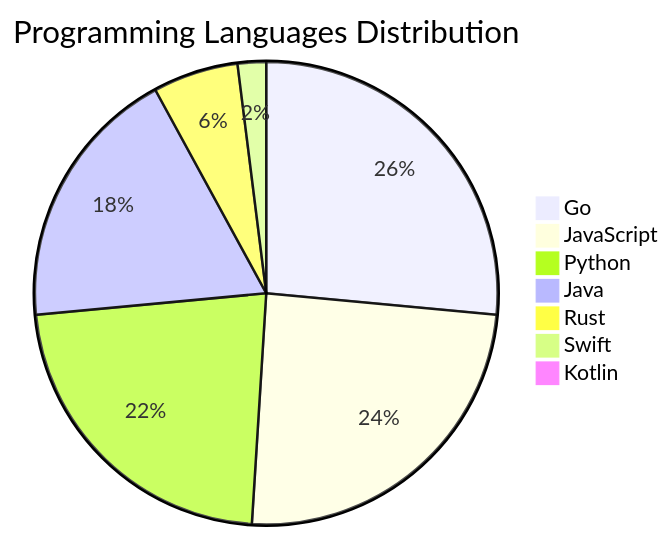
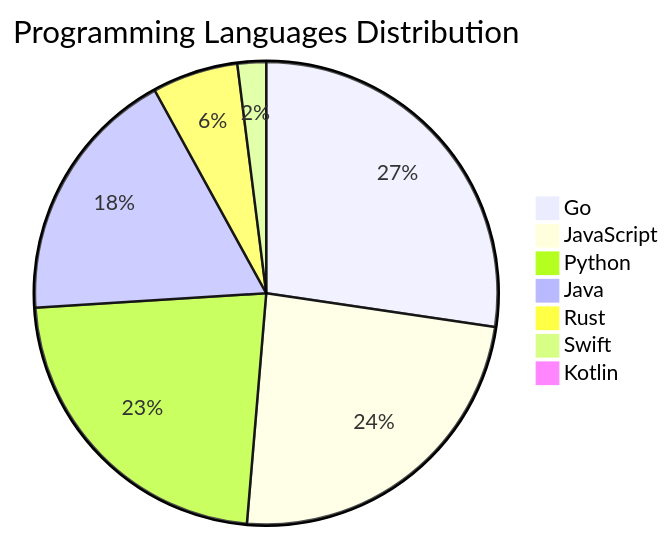
One commit to Derrick-MUGISHA/github-activity-bot changed the diagram in README.md. Above: the diagram before and after it, drawn with Mermaid. The commit also changed other lines of this file and 4 other files, not shown here.

````diff
--- a/README.md
+++ b/README.md
@@ -207,10 +207,10 @@
 ```mermaid
 pie title Programming Languages Distribution
-    "Go" : 40
-    "JavaScript" : 37
+    "Go" : 41
+    "JavaScript" : 36
     "Python" : 34
-    "Java" : 28
+    "Java" : 27
     "Rust" : 9
     "Swift" : 3
     "Kotlin" : 1
 ```
````
